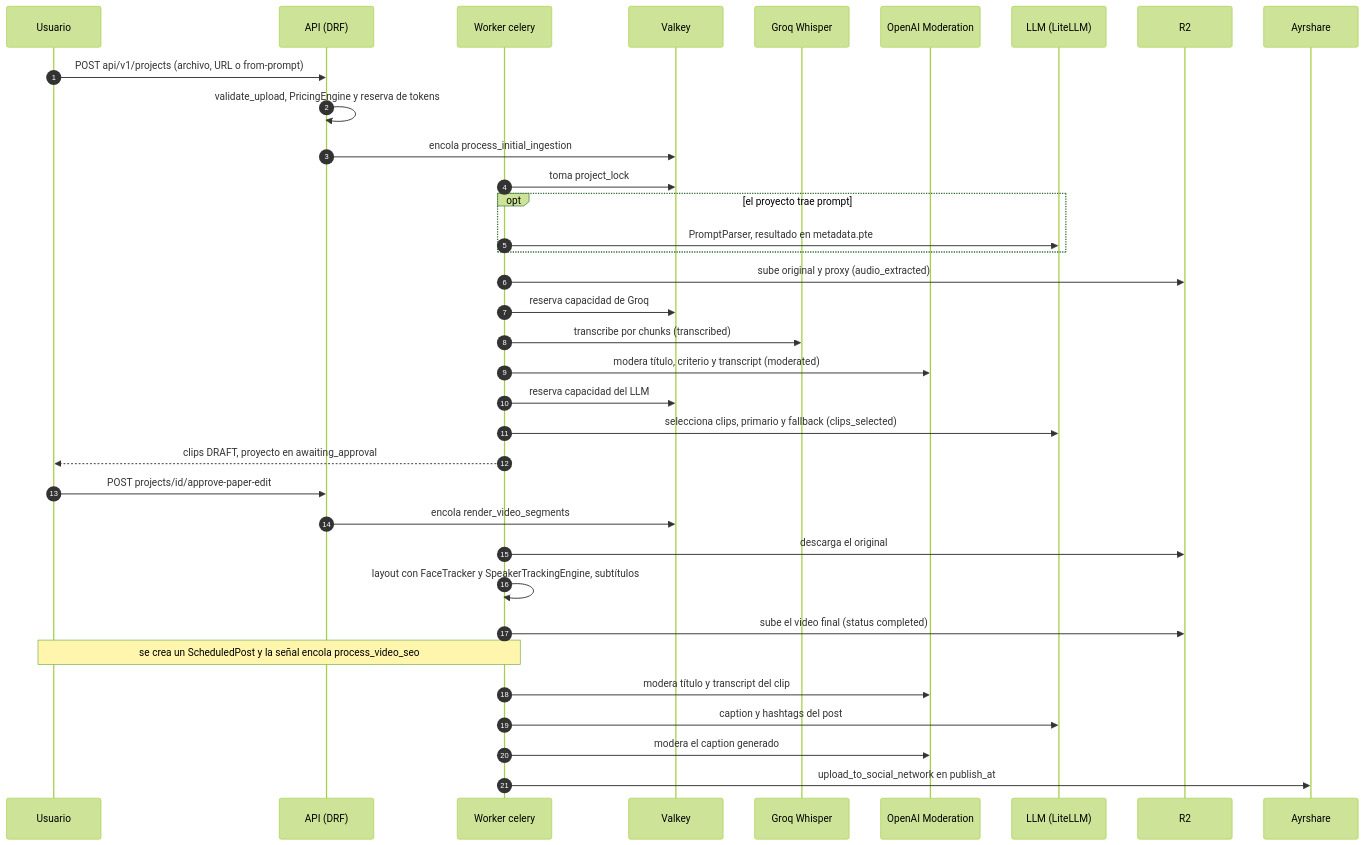
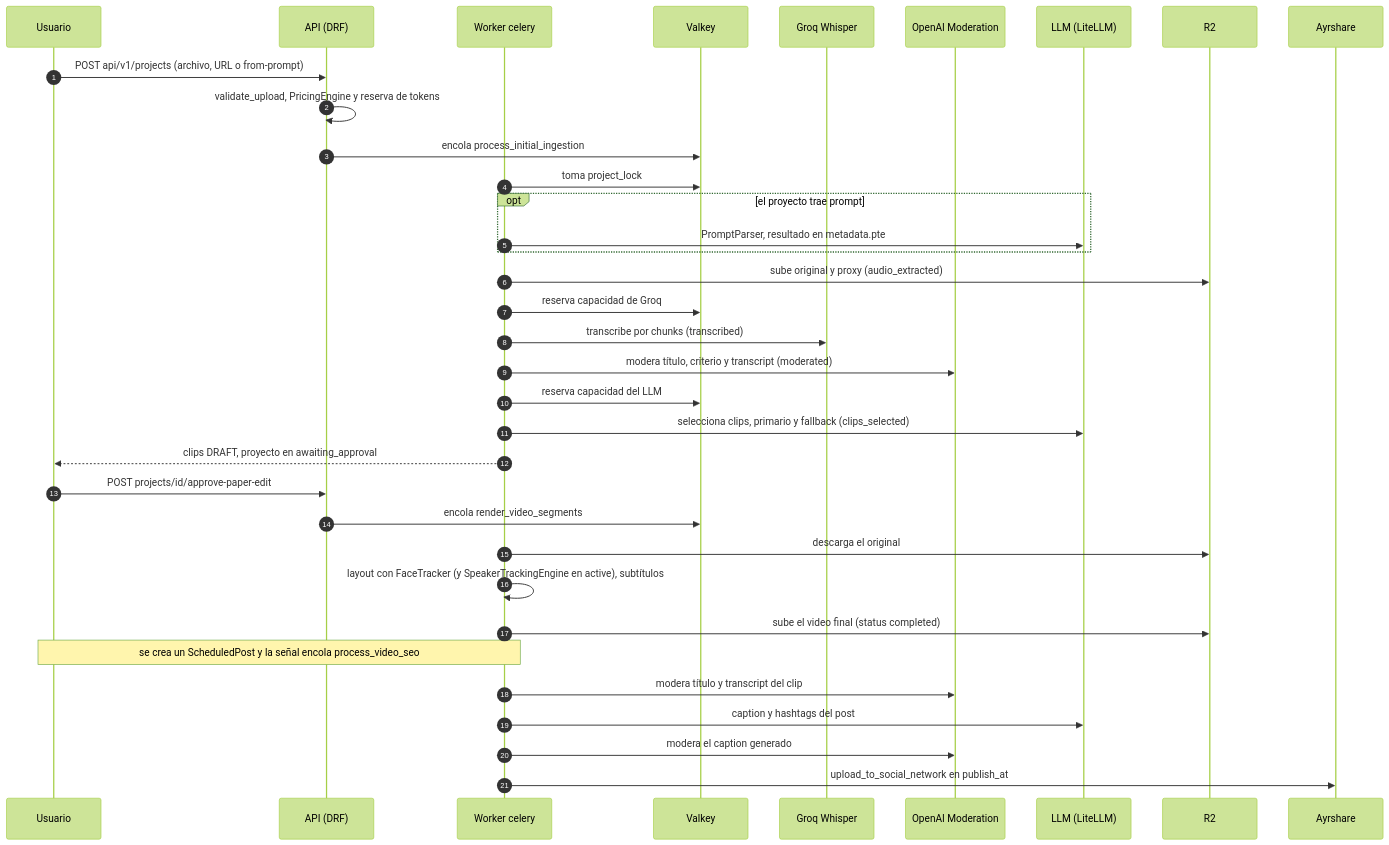
The second of 2 diagrams in documents/ia/README.md (RomeKai/videoeditUTN), drawn with Mermaid (forest theme) before and after one commit. The commit also changed other lines of this file and 5 other files, not shown here.

First line of the commit message:
docs(ia): flujos de IA con diagramas de secuencia y estados

````diff
--- a/documents/ia/README.md
+++ b/documents/ia/README.md
@@ -100,38 +100,38 @@
 ```mermaid
 sequenceDiagram
     autonumber
     participant U as Usuario
     participant API as API (DRF)
     participant W as Worker celery
     participant VK as Valkey
     participant GQ as Groq Whisper
     participant OM as OpenAI Moderation
     participant LLM as LLM (LiteLLM)
     participant ST as R2
     participant AY as Ayrshare
 
     U->>API: POST api/v1/projects (archivo, URL o from-prompt)
     API->>API: validate_upload, PricingEngine y reserva de tokens
     API->>VK: encola process_initial_ingestion
     W->>VK: toma project_lock
     opt el proyecto trae prompt
         W->>LLM: PromptParser, resultado en metadata.pte
     end
     W->>ST: sube original y proxy (audio_extracted)
     W->>VK: reserva capacidad de Groq
     W->>GQ: transcribe por chunks (transcribed)
     W->>OM: modera título, criterio y transcript (moderated)
     W->>VK: reserva capacidad del LLM
     W->>LLM: selecciona clips, primario y fallback (clips_selected)
     W-->>U: clips DRAFT, proyecto en awaiting_approval
     U->>API: POST projects/id/approve-paper-edit
     API->>VK: encola render_video_segments
     W->>ST: descarga el original
-    W->>W: layout con FaceTracker y SpeakerTrackingEngine, subtítulos
+    W->>W: layout con FaceTracker (y SpeakerTrackingEngine en active), subtítulos
     W->>ST: sube el video final (status completed)
     Note over U,W: se crea un ScheduledPost y la señal encola process_video_seo
     W->>OM: modera título y transcript del clip
     W->>LLM: caption y hashtags del post
     W->>OM: modera el caption generado
     W->>AY: upload_to_social_network en publish_at
 ```
````
